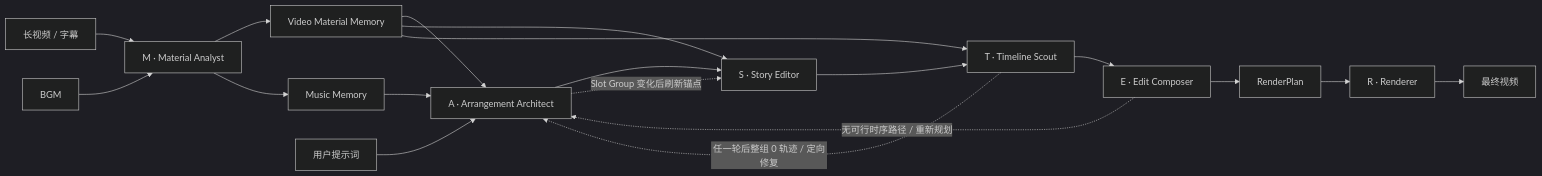
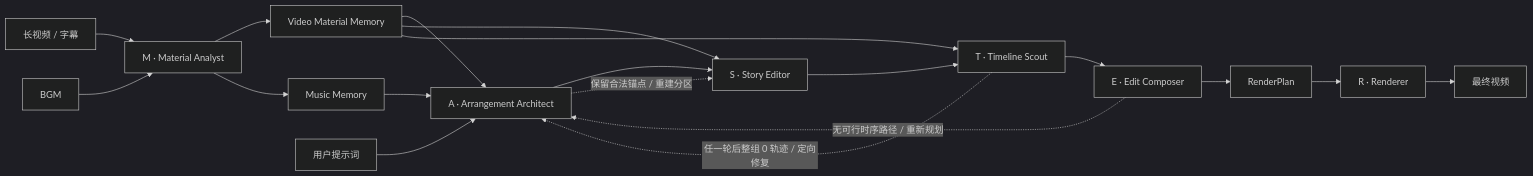
One commit to hit-felix-chen/CutMaster changed the diagram in README.md. Above: the diagram before and after it, drawn with Mermaid (dark theme). The commit also changed other lines of this file and 6 other files, not shown here.

Commit message:
update readme and diagram

````diff
--- a/README.md
+++ b/README.md
@@ -66,23 +68,23 @@
 ```mermaid
 flowchart LR
     V["长视频 / 字幕"] --> M["M · Material Analyst"]
     B["BGM"] --> M
     M --> VM["Video Material Memory"]
     M --> MU["Music Memory"]
 
     P["用户提示词"] --> A["A · Arrangement Architect"]
     VM --> A
     MU --> A
     A --> S["S · Story Editor"]
     VM --> S
     S --> T["T · Timeline Scout"]
     VM --> T
     T --> E["E · Edit Composer"]
     E --> RP["RenderPlan"]
     RP --> RD["R · Renderer"]
     RD --> O["最终视频"]
 
     T -. "任一轮后整组 0 轨迹 / 定向修复" .-> A
     E -. "无可行时序路径 / 重新规划" .-> A
-    A -. "Slot Group 变化后刷新锚点" .-> S
+    A -. "保留合法锚点 / 重建分区" .-> S
 ```
````
